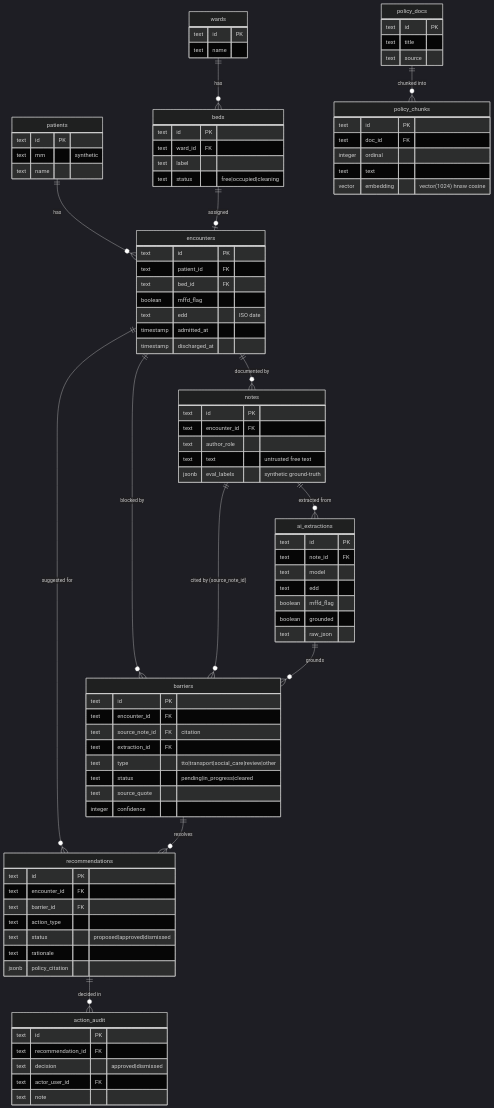
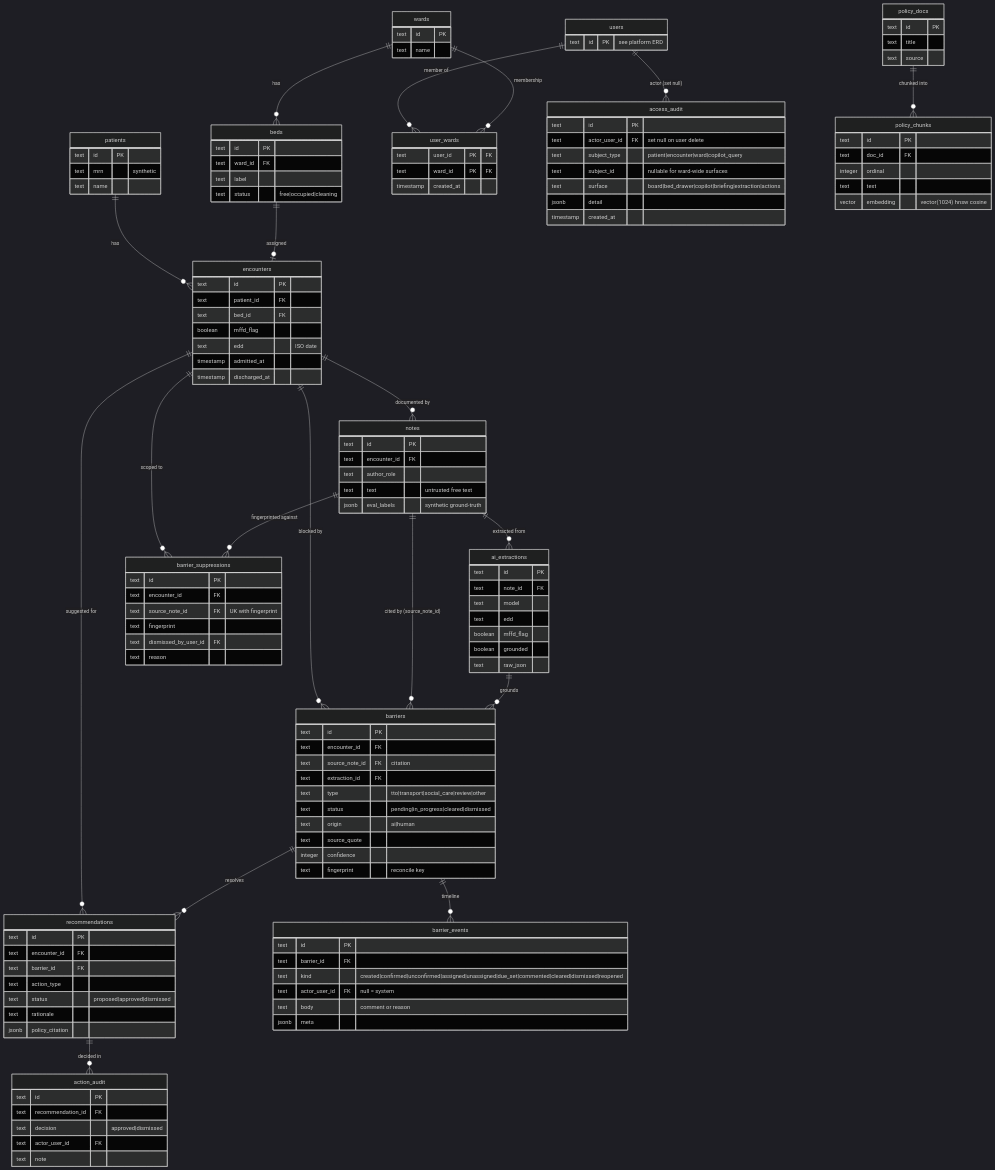
Before and after one commit to devdaviddr/wardbeat: the second of 2 diagrams in docs/database.md, drawn with Mermaid (dark theme). The commit also changed other lines of this file and 16 other files, not shown here.

```diff
--- a/docs/database.md
+++ b/docs/database.md
@@ -94,6 +95,12 @@
     notes ||--o{ ai_extractions : "extracted from"
     notes ||--o{ barriers : "cited by (source_note_id)"
     ai_extractions ||--o{ barriers : "grounds"
+    barriers ||--o{ barrier_events : "timeline"
+    encounters ||--o{ barrier_suppressions : "scoped to"
+    notes ||--o{ barrier_suppressions : "fingerprinted against"
+    users ||--o{ user_wards : "member of"
+    wards ||--o{ user_wards : "membership"
+    users ||--o{ access_audit : "actor (set null)"
     barriers ||--o{ recommendations : "resolves"
     recommendations ||--o{ action_audit : "decided in"
     policy_docs ||--o{ policy_chunks : "chunked into"
@@ -144,9 +151,44 @@
         text source_note_id FK "citation"
         text extraction_id FK
         text type "tto|transport|social_care|review|other"
-        text status "pending|in_progress|cleared"
+        text status "pending|in_progress|cleared|dismissed"
+        text origin "ai|human"
         text source_quote
         integer confidence
+        text fingerprint "reconcile key"
+    }
+    barrier_events {
+        text id PK
+        text barrier_id FK
+        text kind "created|confirmed|unconfirmed|assigned|unassigned|due_set|commented|cleared|dismissed|reopened"
+        text actor_user_id FK "null = system"
+        text body "comment or reason"
+        jsonb meta
+    }
+    barrier_suppressions {
+        text id PK
+        text encounter_id FK
+        text source_note_id FK "UK with fingerprint"
+        text fingerprint
+        text dismissed_by_user_id FK
+        text reason
+    }
+    users {
+        text id PK "see platform ERD"
+    }
+    user_wards {
+        text user_id PK "FK"
+        text ward_id PK "FK"
+        timestamp created_at
+    }
+    access_audit {
+        text id PK
+        text actor_user_id FK "set null on user delete"
+        text subject_type "patient|encounter|ward|copilot_query"
+        text subject_id "nullable for ward-wide surfaces"
+        text surface "board|bed_drawer|copilot|briefing|extraction|actions"
+        jsonb detail
+        timestamp created_at
     }
     recommendations {
         text id PK
```
